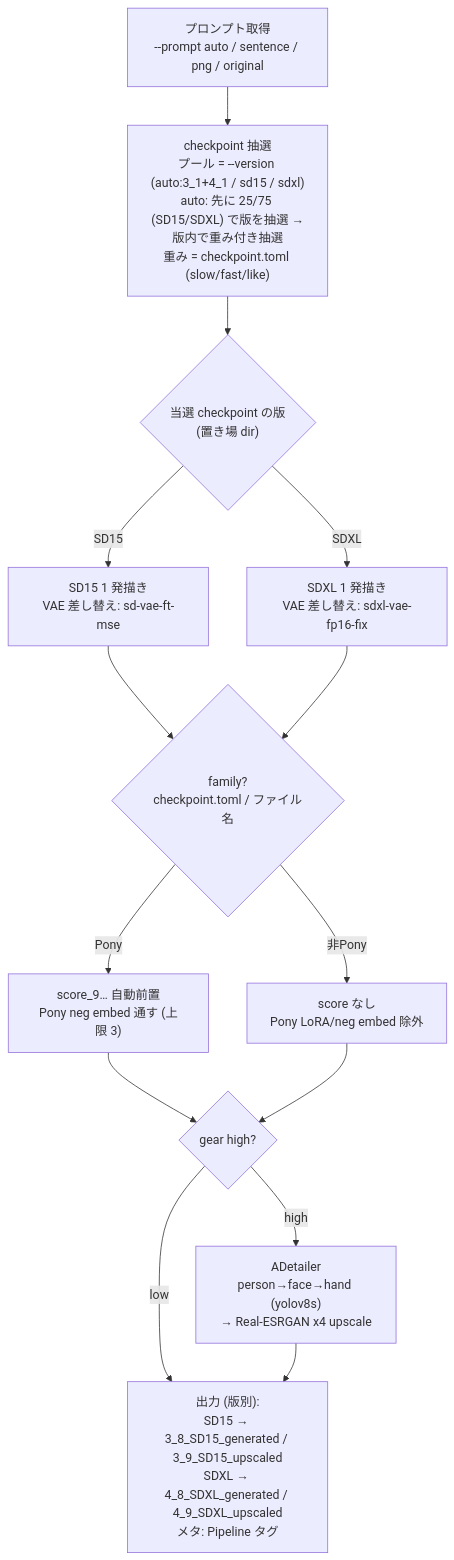
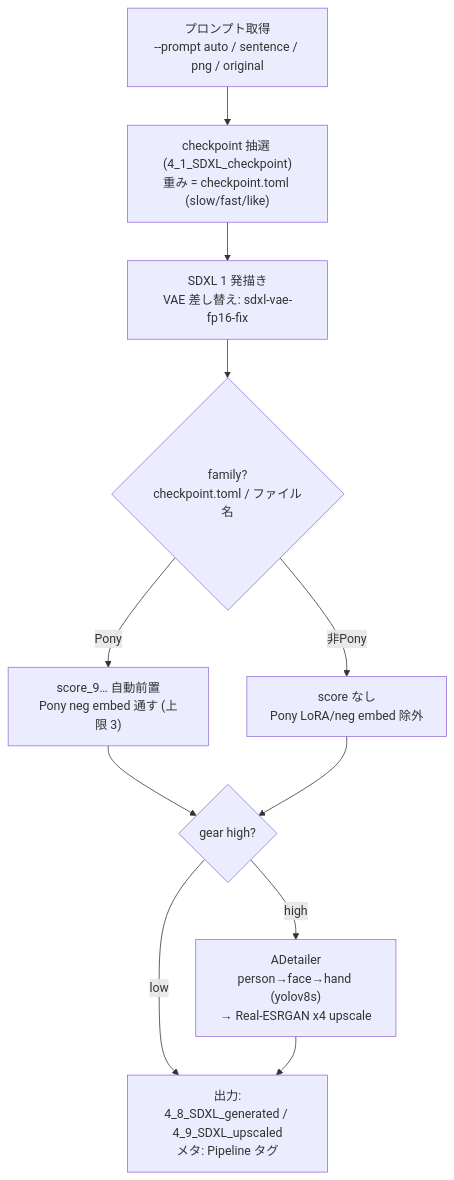
The diagram in README_ja.md (AZO234/comfyui_playground), drawn with Mermaid before and after one commit. The commit also changed other lines of this file and 13 other files, not shown here.

````diff
--- a/README_ja.md
+++ b/README_ja.md
@@ -115,21 +109,16 @@
 ```mermaid
 flowchart TD
   P["プロンプト取得<br/>--prompt auto / sentence / png / original"]
-  P --> CK["checkpoint 抽選<br/>プール = --version (auto:3_1+4_1 / sd15 / sdxl)<br/>auto: 先に 25/75 (SD15/SDXL) で版を抽選 →<br/>版内で重み付き抽選<br/>重み = checkpoint.toml (slow/fast/like)"]
-  CK --> V{"当選 checkpoint の版<br/>(置き場 dir)"}
+  P --> CK["checkpoint 抽選 (4_1_SDXL_checkpoint)<br/>重み = checkpoint.toml (slow/fast/like)"]
+  CK --> S2["SDXL 1 発描き<br/>VAE 差し替え: sdxl-vae-fp16-fix"]
 
-  V -->|"SD15"| S1["SD15 1 発描き<br/>VAE 差し替え: sd-vae-ft-mse"]
-  V -->|"SDXL"| S2["SDXL 1 発描き<br/>VAE 差し替え: sdxl-vae-fp16-fix"]
-
-  S1 --> FAM
-  S2 --> FAM
-  FAM{"family?<br/>checkpoint.toml / ファイル名"}
+  S2 --> FAM{"family?<br/>checkpoint.toml / ファイル名"}
   FAM -->|Pony| FP["score_9… 自動前置<br/>Pony neg embed 通す (上限 3)"]
   FAM -->|非Pony| FN["score なし<br/>Pony LoRA/neg embed 除外"]
 
   FP --> HG{"gear high?"}
   FN --> HG
   HG -->|high| AD["ADetailer<br/>person→face→hand (yolov8s)<br/>→ Real-ESRGAN x4 upscale"]
   HG -->|low| OUT
-  AD --> OUT["出力 (版別):<br/>SD15 → 3_8_SD15_generated / 3_9_SD15_upscaled<br/>SDXL → 4_8_SDXL_generated / 4_9_SDXL_upscaled<br/>メタ: Pipeline タグ"]
+  AD --> OUT["出力:<br/>4_8_SDXL_generated / 4_9_SDXL_upscaled<br/>メタ: Pipeline タグ"]
 ```
````
